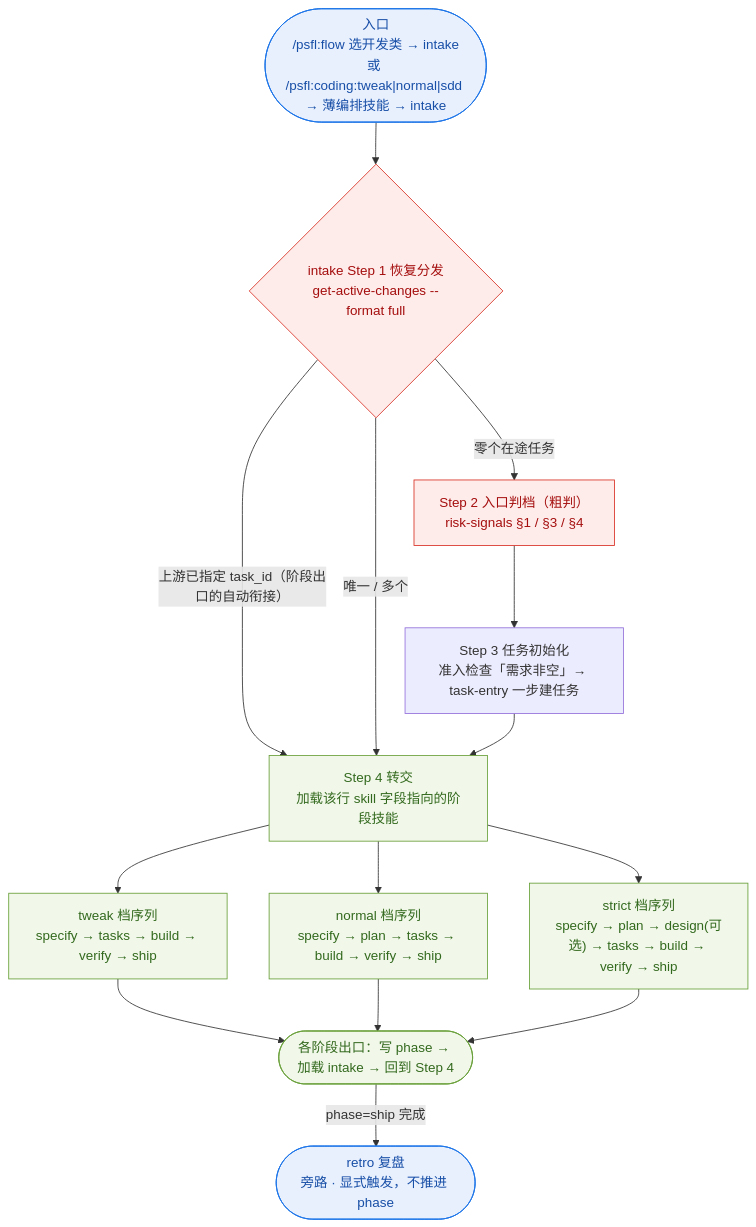
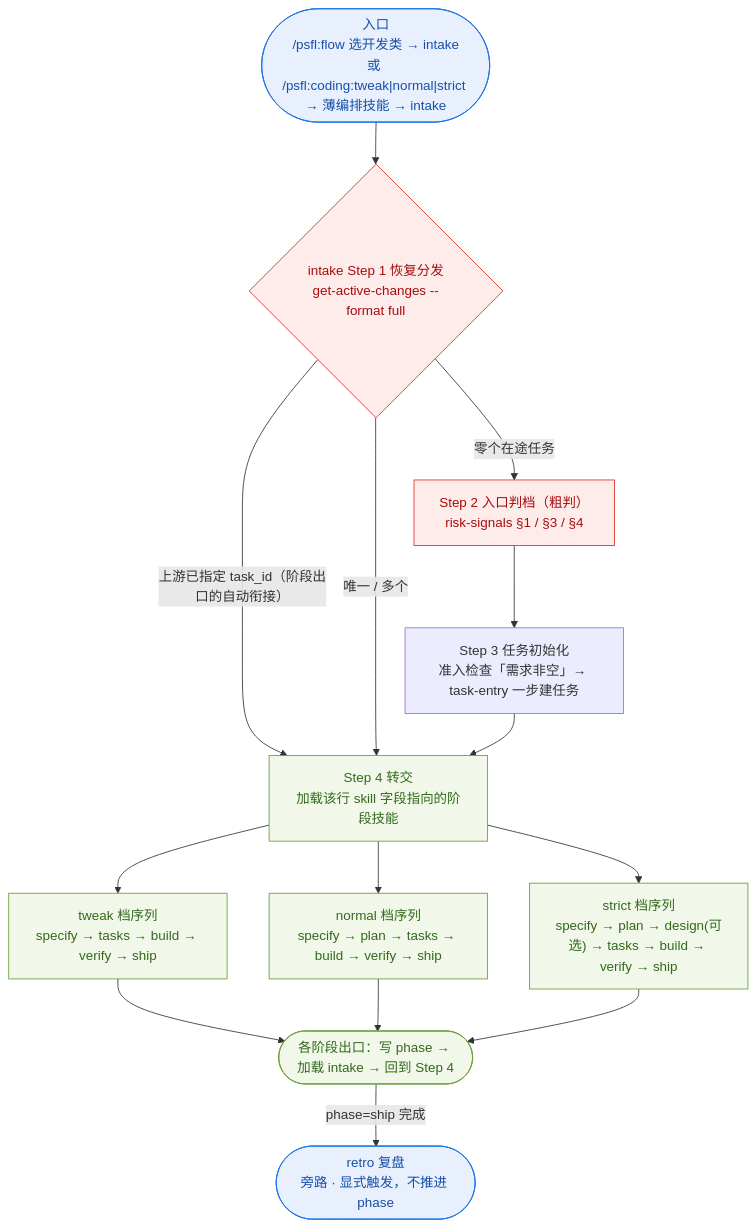
One commit to incodingless/polaris-flow changed the first of 12 diagrams in docs/design/coding-workflow-flows.md. Above: the diagram before and after it, drawn with Mermaid. The commit also changed other lines of this file and 21 other files, not shown here.

````diff
--- a/docs/design/coding-workflow-flows.md
+++ b/docs/design/coding-workflow-flows.md
@@ -34,26 +34,26 @@
 ```mermaid
 flowchart TD
-    CMD(["入口<br/>/psfl:flow 选开发类 → intake<br/>或 /psfl:coding:tweak|normal|sdd → 薄编排技能 → intake"])
+    CMD(["入口<br/>/psfl:flow 选开发类 → intake<br/>或 /psfl:coding:tweak|normal|strict → 薄编排技能 → intake"])
     CMD --> S1{"intake Step 1 恢复分发<br/>get-active-changes --format full"}
     S1 -->|"上游已指定 task_id（阶段出口的自动衔接）"| HO
     S1 -->|"零个在途任务"| S2["Step 2 入口判档（粗判）<br/>risk-signals §1 / §3 / §4"]
     S1 -->|"唯一 / 多个"| HO["Step 4 转交<br/>加载该行 skill 字段指向的阶段技能"]
     S2 --> S3["Step 3 任务初始化<br/>准入检查「需求非空」→ task-entry 一步建任务"]
     S3 --> HO
 
     HO --> TW["tweak 档序列<br/>specify → tasks → build → verify → ship"]
     HO --> NM["normal 档序列<br/>specify → plan → tasks → build → verify → ship"]
     HO --> ST["strict 档序列<br/>specify → plan → design(可选) → tasks → build → verify → ship"]
 
     TW --> EX(["各阶段出口：写 phase → 加载 intake → 回到 Step 4"])
     NM --> EX
     ST --> EX
     EX -->|"phase=ship 完成"| RE(["retro 复盘<br/>旁路 · 显式触发，不推进 phase"])
 
     classDef entry fill:#e8f0fe,stroke:#1a73e8,color:#174ea6
     classDef gate fill:#fdecea,stroke:#d93025,color:#a50e0e
     classDef skill fill:#f1f8e9,stroke:#689f38,color:#33691e
     class CMD,RE entry
     class S1,S2 gate
     class TW,NM,ST,HO,EX skill
 ```
````
